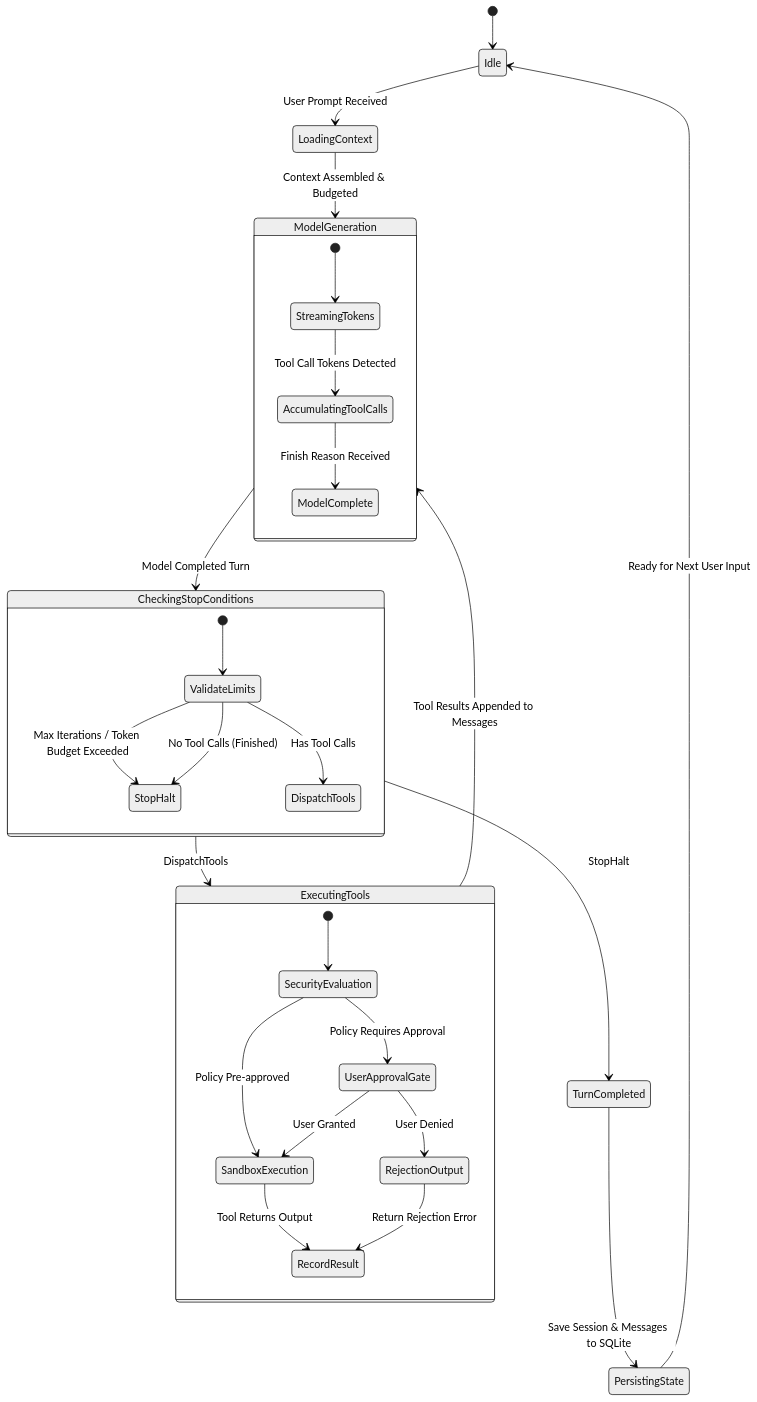
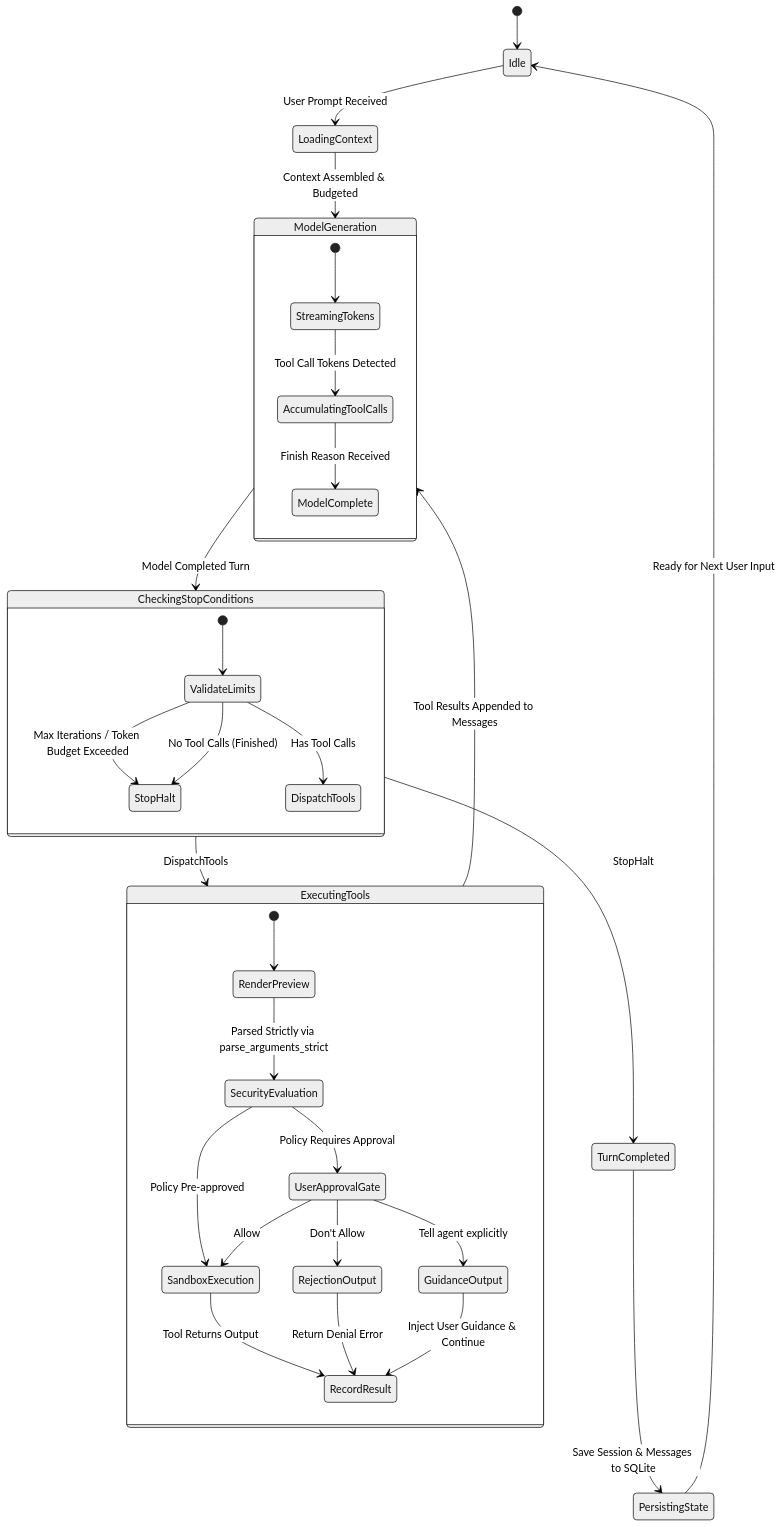
The fifth of 10 diagrams in ARCHITECTURE.md (Sumit-Prasad01/Relay), drawn with Mermaid (neutral theme) before and after one commit. The commit also changed other lines of this file and 23 other files, not shown here.

````diff
--- a/ARCHITECTURE.md
+++ b/ARCHITECTURE.md
@@ -189,38 +189,41 @@
 ```mermaid
 stateDiagram-v2
     [*] --> Idle
     Idle --> LoadingContext: User Prompt Received
     LoadingContext --> ModelGeneration: Context Assembled & Budgeted
     
     state ModelGeneration {
         [*] --> StreamingTokens
         StreamingTokens --> AccumulatingToolCalls: Tool Call Tokens Detected
         AccumulatingToolCalls --> ModelComplete: Finish Reason Received
     }
 
     ModelGeneration --> CheckingStopConditions: Model Completed Turn
     
     state CheckingStopConditions {
         [*] --> ValidateLimits
         ValidateLimits --> StopHalt: Max Iterations / Token Budget Exceeded
         ValidateLimits --> DispatchTools: Has Tool Calls
         ValidateLimits --> StopHalt: No Tool Calls (Finished)
     }
 
     CheckingStopConditions --> ExecutingTools: DispatchTools
     CheckingStopConditions --> TurnCompleted: StopHalt
 
     state ExecutingTools {
-        [*] --> SecurityEvaluation
+        [*] --> RenderPreview
+        RenderPreview --> SecurityEvaluation: Parsed Strictly via parse_arguments_strict
         SecurityEvaluation --> UserApprovalGate: Policy Requires Approval
         SecurityEvaluation --> SandboxExecution: Policy Pre-approved
-        UserApprovalGate --> SandboxExecution: User Granted
-        UserApprovalGate --> RejectionOutput: User Denied
+        UserApprovalGate --> SandboxExecution: Allow
+        UserApprovalGate --> RejectionOutput: Don't Allow
+        UserApprovalGate --> GuidanceOutput: Tell agent explicitly
         SandboxExecution --> RecordResult: Tool Returns Output
-        RejectionOutput --> RecordResult: Return Rejection Error
+        RejectionOutput --> RecordResult: Return Denial Error
+        GuidanceOutput --> RecordResult: Inject User Guidance & Continue
     }
 
     ExecutingTools --> ModelGeneration: Tool Results Appended to Messages
     TurnCompleted --> PersistingState: Save Session & Messages to SQLite
     PersistingState --> Idle: Ready for Next User Input
 ```
````
